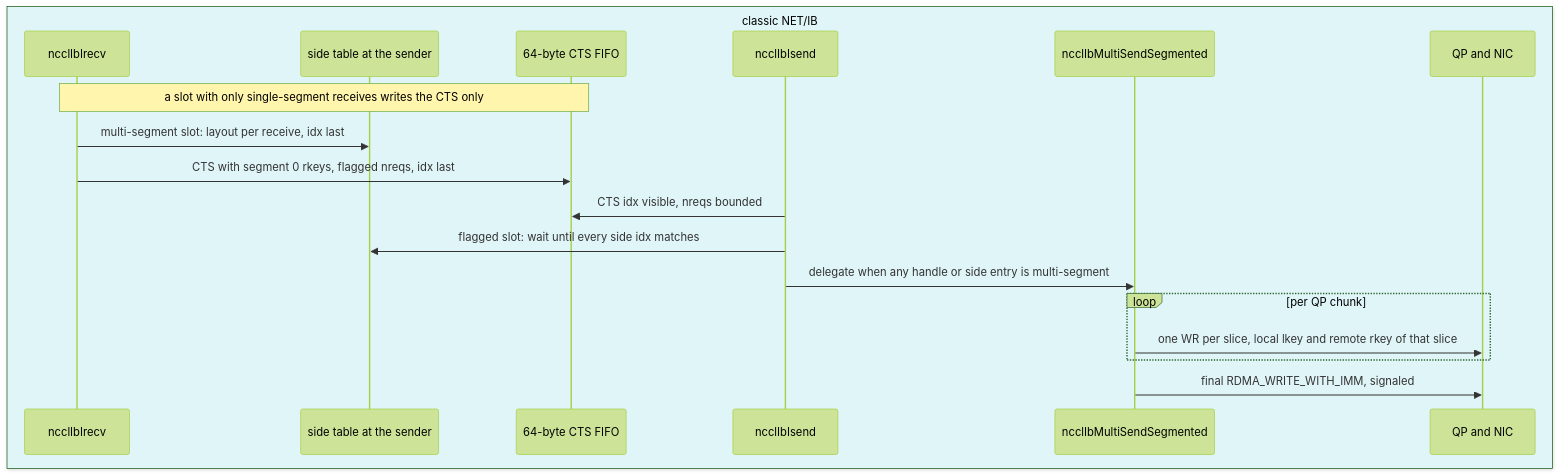
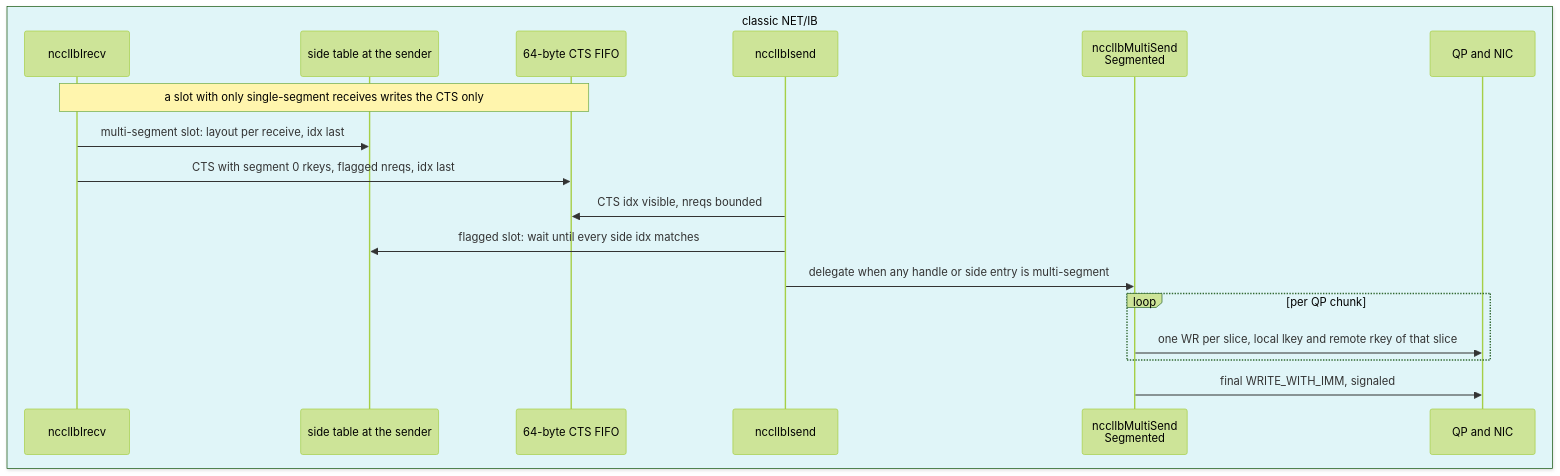
The first of 5 diagrams in projects/rccl/docs/design/multi_segment_netib_wire.md (ROCm/rocm-systems), drawn with Mermaid (forest theme) before and after one commit. The commit also changed other lines of this file and 18 other files, not shown here.

First line of the commit message:
docs: add new design diagrams and an AMD-style book build

````diff
--- a/projects/rccl/docs/design/multi_segment_netib_wire.md
+++ b/projects/rccl/docs/design/multi_segment_netib_wire.md
@@ -9,21 +9,22 @@
 ```mermaid
+%% caption: Classic NET/IB P2P: CTS, side table, and segmented send
 sequenceDiagram
  box rgb(224,245,248) classic NET/IB
  participant Rc as ncclIbIrecv
  participant Side as side table at the sender
  participant F as 64-byte CTS FIFO
  participant Sn as ncclIbIsend
- participant Sg as ncclIbMultiSendSegmented
+ participant Sg as ncclIbMultiSend<br/>Segmented
  participant Q as QP and NIC
  end
  Note over Rc,F: a slot with only single-segment receives writes the CTS only
  Rc->>Side: multi-segment slot: layout per receive, idx last
  Rc->>F: CTS with segment 0 rkeys, flagged nreqs, idx last
  Sn->>F: CTS idx visible, nreqs bounded
  Sn->>Side: flagged slot: wait until every side idx matches
  Sn->>Sg: delegate when any handle or side entry is multi-segment
  loop per QP chunk
  Sg->>Q: one WR per slice, local lkey and remote rkey of that slice
  end
- Sg->>Q: final RDMA_WRITE_WITH_IMM, signaled
+ Sg->>Q: final WRITE_WITH_IMM, signaled
 ```
````
